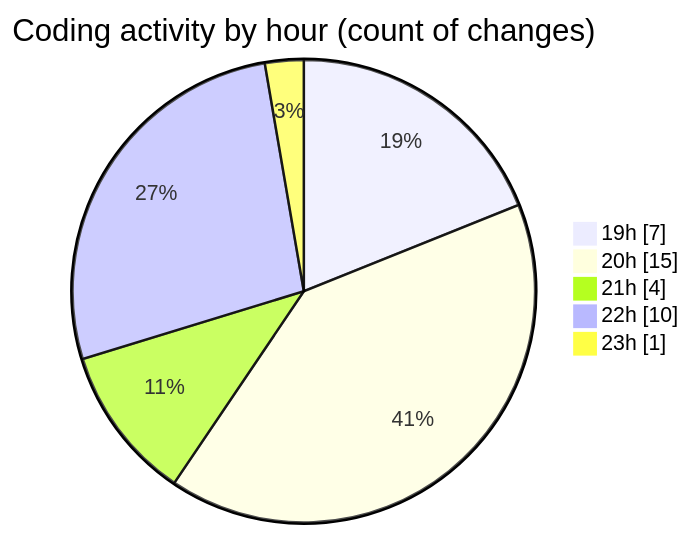
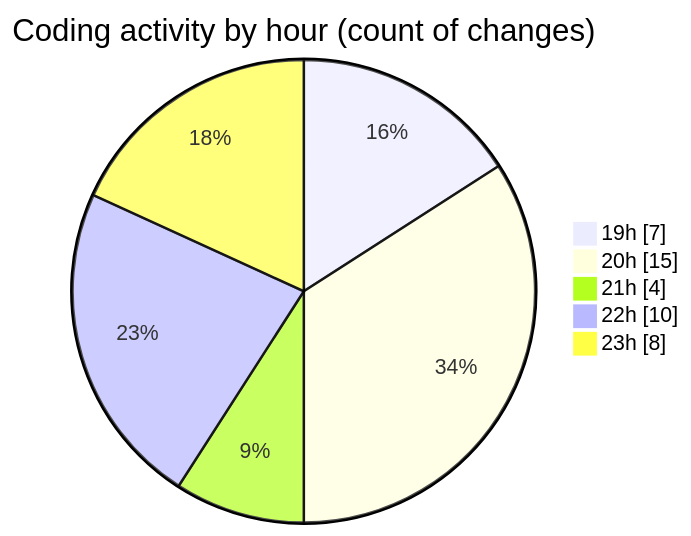
One commit to EIIisD/code-tracking changed the second of 2 diagrams in 2025-07-10/fish/README.md. Above: the diagram before and after it, drawn with Mermaid. The commit also changed other lines of this file and 1 other file, not shown here.

````diff
--- a/2025-07-10/fish/README.md
+++ b/2025-07-10/fish/README.md
@@ -44,9 +45,9 @@
 ```mermaid
 pie showData
 title Coding activity by hour (count of changes)
 "19h" : 7
 "20h" : 15
 "21h" : 4
 "22h" : 10
-"23h" : 1
+"23h" : 8
 ```
````
